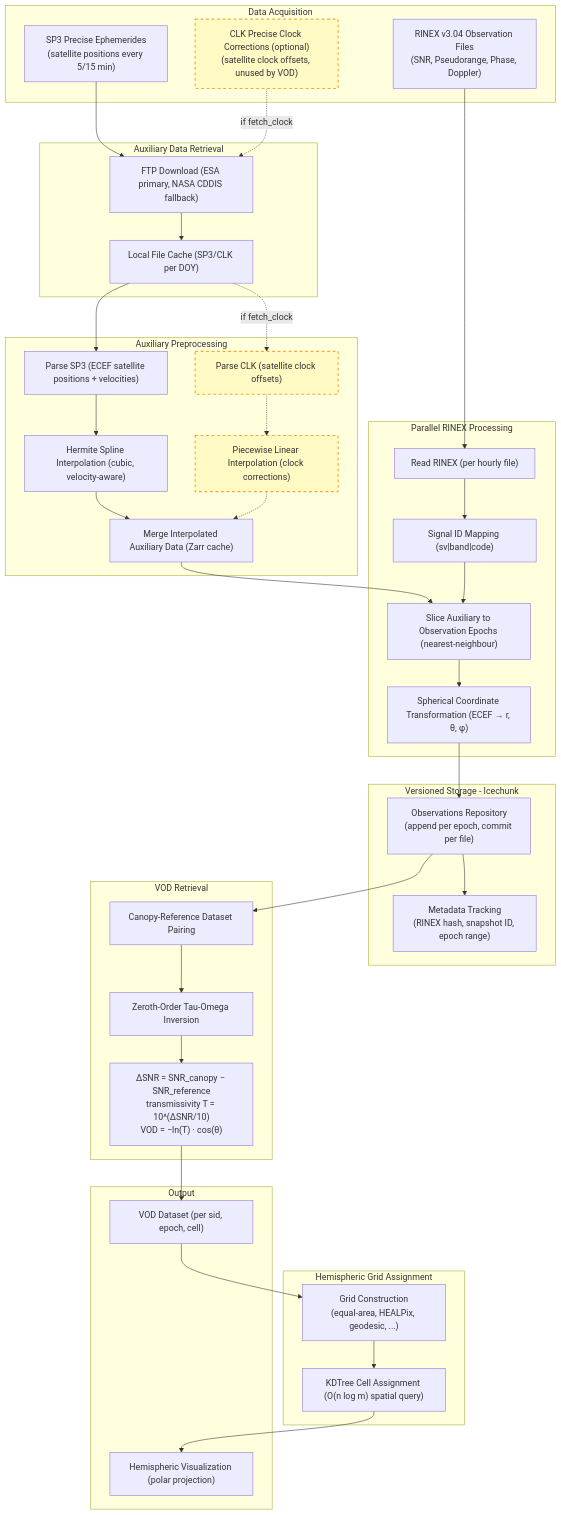
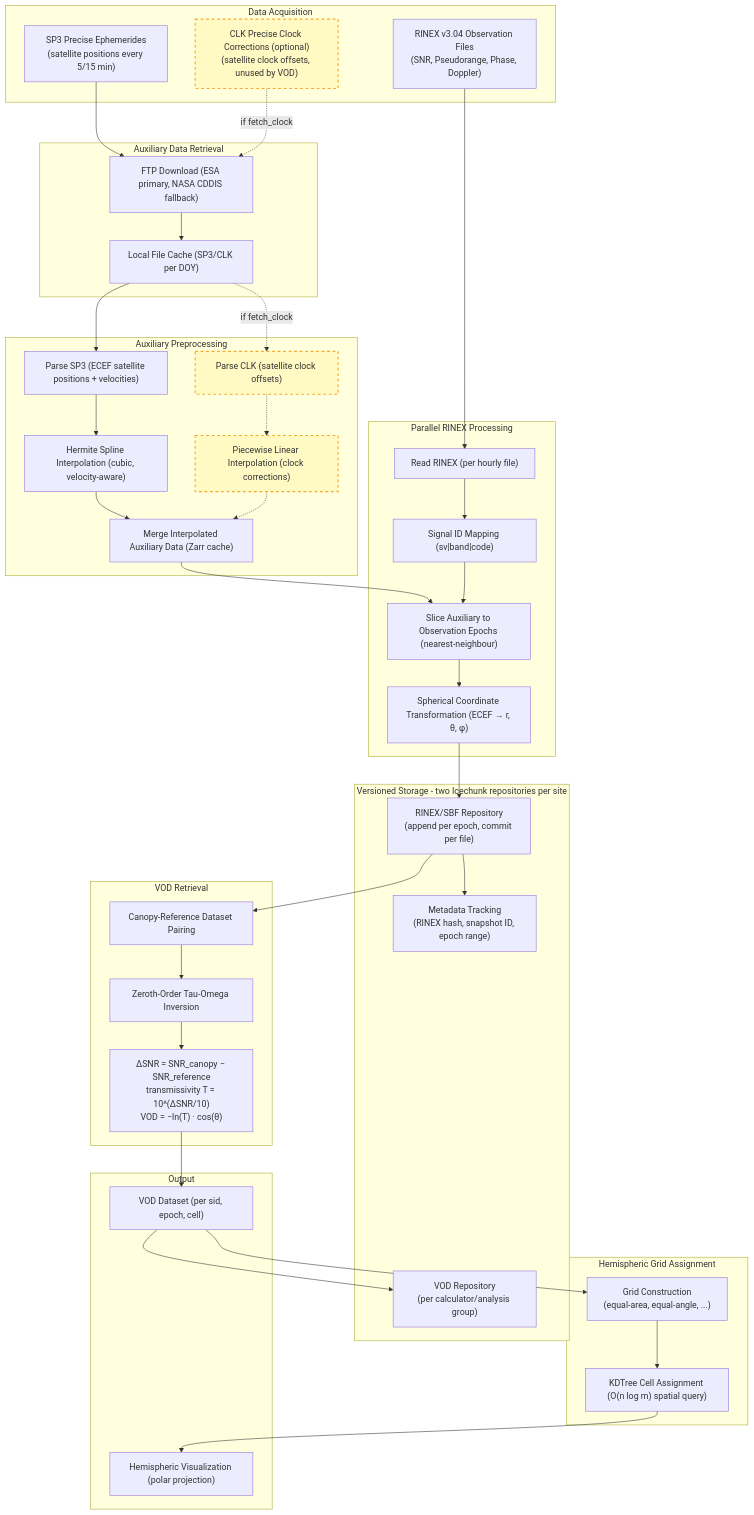
One commit to nfb2021/canvodpy changed the diagram in docs/diagrams/05-gnss-t-methodology.mmd. Above: the diagram before and after it, drawn with Mermaid. The commit also changed 42 other files, not shown here.

```diff
--- a/docs/diagrams/05-gnss-t-methodology.mmd
+++ b/docs/diagrams/05-gnss-t-methodology.mmd
@@ -1,77 +1,79 @@
 flowchart TD
     subgraph INPUT[Data Acquisition]
         RINEX["RINEX v3.04 Observation Files<br/>(SNR, Pseudorange, Phase, Doppler)"]
         SP3["SP3 Precise Ephemerides<br/>(satellite positions every 5/15 min)"]
         CLK["CLK Precise Clock Corrections (optional)<br/>(satellite clock offsets, unused by VOD)"]
     end
 
     subgraph DOWNLOAD[Auxiliary Data Retrieval]
         FTP["FTP Download (ESA primary, NASA CDDIS fallback)"]
         CACHE["Local File Cache (SP3/CLK per DOY)"]
     end
 
     subgraph PREPROCESS_R[Auxiliary Preprocessing]
         PARSE_SP3["Parse SP3 (ECEF satellite positions + velocities)"]
         PARSE_CLK["Parse CLK (satellite clock offsets)"]
         HERMITE["Hermite Spline Interpolation (cubic, velocity-aware)"]
         LINEAR["Piecewise Linear Interpolation (clock corrections)"]
         MERGE_AUX["Merge Interpolated Auxiliary Data (Zarr cache)"]
     end
 
     subgraph PARALLEL[Parallel RINEX Processing]
         READ["Read RINEX (per hourly file)"]
         SID["Signal ID Mapping (sv|band|code)"]
         SLICE["Slice Auxiliary to Observation Epochs (nearest-neighbour)"]
         SCS["Spherical Coordinate Transformation (ECEF → r, θ, φ)"]
     end
 
-    subgraph STORAGE[Versioned Storage - Icechunk]
-        ICECHUNK["Observations Repository<br/>(append per epoch, commit per file)"]
+    subgraph STORAGE[Versioned Storage - two Icechunk repositories per site]
+        ICECHUNK["RINEX/SBF Repository<br/>(append per epoch, commit per file)"]
         META_TRACK["Metadata Tracking<br/>(RINEX hash, snapshot ID, epoch range)"]
+        VOD_REPO["VOD Repository<br/>(per calculator/analysis group)"]
     end
 
     subgraph VOD[VOD Retrieval]
         PAIR["Canopy-Reference Dataset Pairing"]
         TAU["Zeroth-Order Tau-Omega Inversion"]
         FORMULA["ΔSNR = SNR_canopy − SNR_reference<br/>transmissivity T = 10^(ΔSNR/10)<br/>VOD = −ln(T) · cos(θ)"]
     end
 
     subgraph GRIDDING[Hemispheric Grid Assignment]
-        GRID["Grid Construction<br/>(equal-area, HEALPix, geodesic, ...)"]
+        GRID["Grid Construction<br/>(equal-area, equal-angle, ...)"]
         KDTREE["KDTree Cell Assignment (O(n log m) spatial query)"]
     end
 
     subgraph OUTPUT[Output]
         VOD_DS["VOD Dataset (per sid, epoch, cell)"]
         VIZ["Hemispheric Visualization (polar projection)"]
     end
 
     SP3 --> FTP
     CLK -.->|"if fetch_clock"| FTP
     FTP --> CACHE
     CACHE --> PARSE_SP3
     CACHE -.->|"if fetch_clock"| PARSE_CLK
     PARSE_SP3 --> HERMITE
     PARSE_CLK -.-> LINEAR
     HERMITE --> MERGE_AUX
     LINEAR -.-> MERGE_AUX
 
     style CLK fill:#fff9c4,stroke:#f9a825,stroke-width:2px,stroke-dasharray: 5 5
     style PARSE_CLK fill:#fff9c4,stroke:#f9a825,stroke-width:2px,stroke-dasharray: 5 5
     style LINEAR fill:#fff9c4,stroke:#f9a825,stroke-width:2px,stroke-dasharray: 5 5
 
     RINEX --> READ
     READ --> SID
     MERGE_AUX --> SLICE
     SID --> SLICE
     SLICE --> SCS
     SCS --> ICECHUNK
     ICECHUNK --> META_TRACK
 
     ICECHUNK --> PAIR
     PAIR --> TAU
     TAU --> FORMULA
     FORMULA --> VOD_DS
+    VOD_DS --> VOD_REPO
     VOD_DS --> GRID
     GRID --> KDTREE
     KDTREE --> VIZ
```
